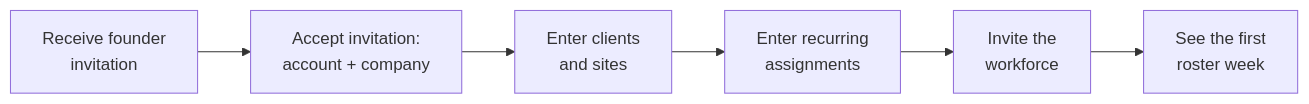
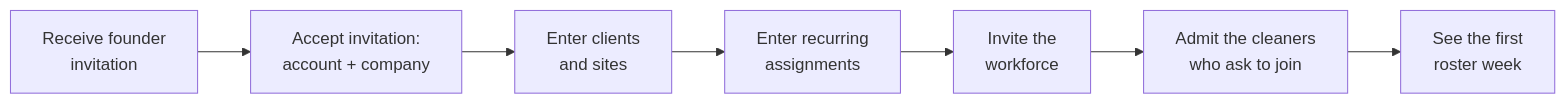
Before and after one commit to lspinheiro/clean_app_crm: the first of 2 diagrams in docs/design/phase-a-adoption/prd.md, drawn with Mermaid. The commit also changed other lines of this file and 4 other files, not shown here.

````diff
--- a/docs/design/phase-a-adoption/prd.md
+++ b/docs/design/phase-a-adoption/prd.md
@@ -63,4 +63,4 @@
 ```mermaid
 flowchart LR
-    A[Receive founder\ninvitation] --> B[Accept invitation:\naccount + company] --> C[Enter clients\nand sites] --> D[Enter recurring\nassignments] --> E[Invite the\nworkforce] --> F[See the first\nroster week]
+    A[Receive founder\ninvitation] --> B[Accept invitation:\naccount + company] --> C[Enter clients\nand sites] --> D[Enter recurring\nassignments] --> E[Invite the\nworkforce] --> F[Admit the cleaners\nwho ask to join] --> G[See the first\nroster week]
 ```
````
